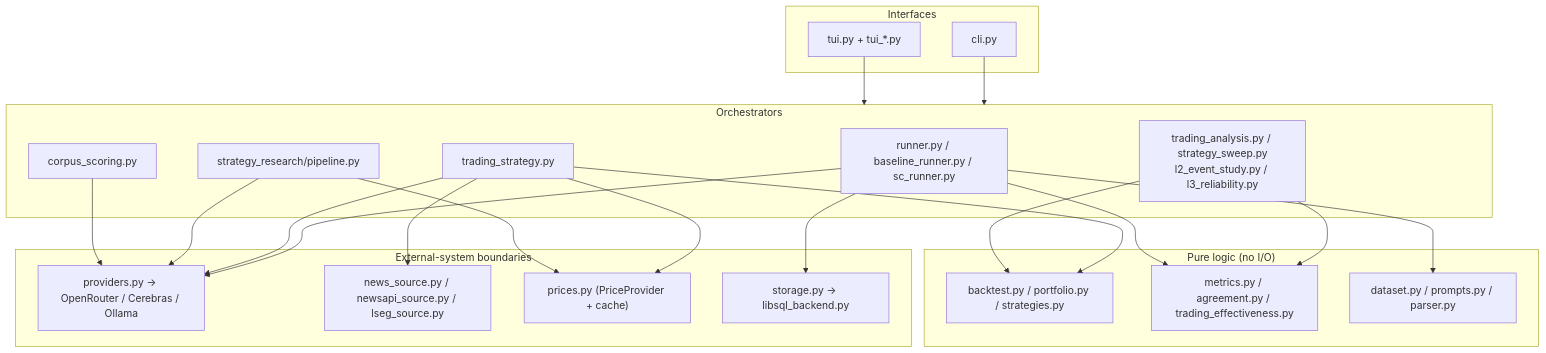
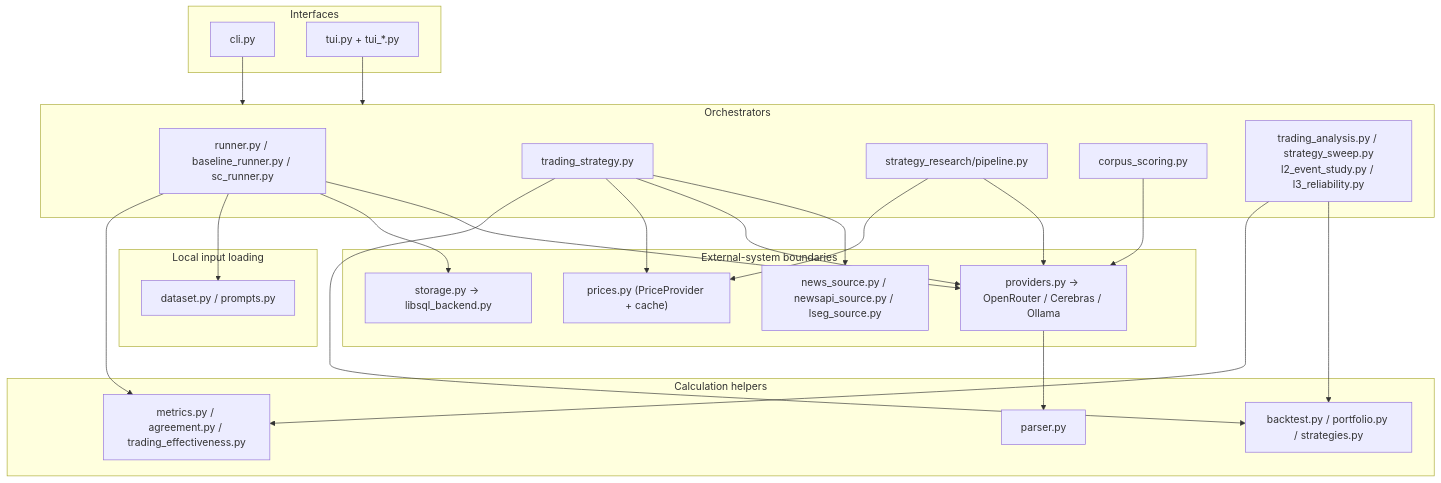
Before and after one commit to PeterLP123/Sentiment_Dissertation: the second of 4 diagrams in docs/architecture.md, drawn with Mermaid. The commit also changed other lines of this file and 14 other files, not shown here.

````diff
--- a/docs/architecture.md
+++ b/docs/architecture.md
@@ -40,40 +36,44 @@
 ```mermaid
 flowchart TB
     subgraph Interfaces
         CLI["cli.py"]
         TUI["tui.py + tui_*.py"]
     end
     subgraph Orchestrators
         RUN["runner.py / baseline_runner.py / sc_runner.py"]
         TRAD["trading_strategy.py"]
         STRAT["strategy_research/pipeline.py"]
         CSM["corpus_scoring.py"]
         ANA["trading_analysis.py / strategy_sweep.py<br/>l2_event_study.py / l3_reliability.py"]
     end
     subgraph Services["External-system boundaries"]
         PROV["providers.py → OpenRouter / Cerebras / Ollama"]
         NEWS["news_source.py / newsapi_source.py / lseg_source.py"]
         PRICE["prices.py (PriceProvider + cache)"]
         STORE["storage.py → libsql_backend.py"]
     end
-    subgraph Leaves["Pure logic (no I/O)"]
+    subgraph Calculations["Calculation helpers"]
         BT["backtest.py / portfolio.py / strategies.py"]
         MET["metrics.py / agreement.py / trading_effectiveness.py"]
-        DATA["dataset.py / prompts.py / parser.py"]
+        PARSE["parser.py"]
+    end
+    subgraph Inputs["Local input loading"]
+        DATA["dataset.py / prompts.py"]
     end
     CLI --> Orchestrators
     TUI --> Orchestrators
     RUN --> PROV
     RUN --> STORE
     TRAD --> NEWS
     TRAD --> PROV
     TRAD --> PRICE
     TRAD --> BT
     STRAT --> PROV
     STRAT --> PRICE
     CSM --> PROV
     ANA --> BT
     ANA --> MET
     RUN --> DATA
     RUN --> MET
+    PROV --> PARSE
 ```
````
